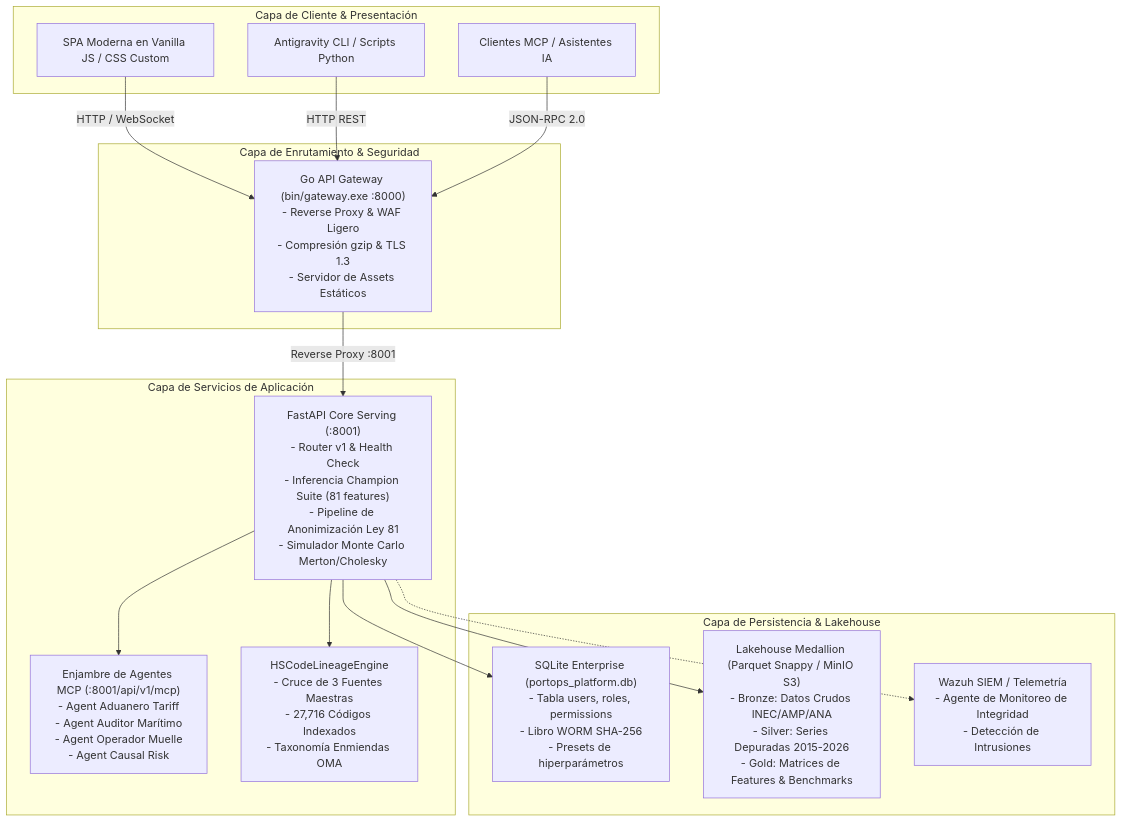
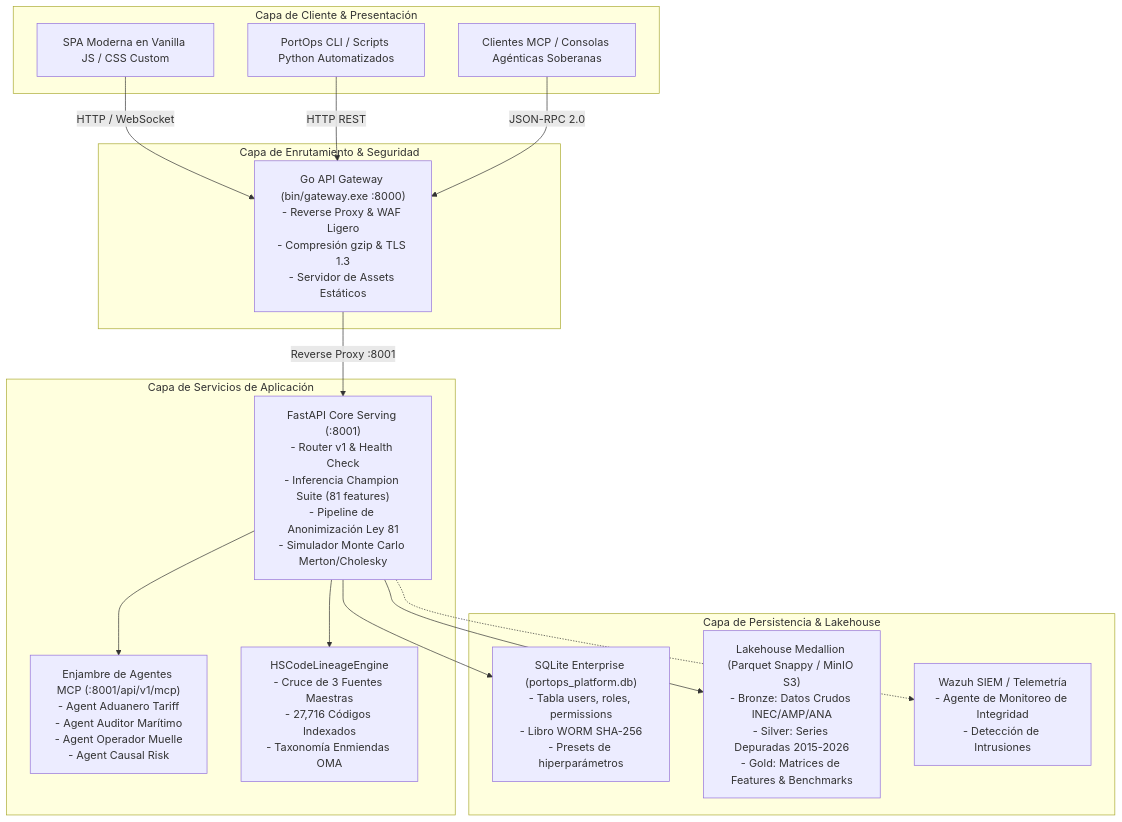
One commit to miguelbenitez09/amp-cont-ai changed the second of 3 diagrams in docs/ESTADO_ACTUAL_ARQUITECTURA_Y_SERVICIOS.md. Above: the diagram before and after it, drawn with Mermaid. The commit also changed 9 other files, not shown here.

````diff
--- a/docs/ESTADO_ACTUAL_ARQUITECTURA_Y_SERVICIOS.md
+++ b/docs/ESTADO_ACTUAL_ARQUITECTURA_Y_SERVICIOS.md
@@ -58,35 +58,35 @@
 ```mermaid
 flowchart TB
     subgraph ClientLayer["Capa de Cliente & Presentación"]
         UI["SPA Moderna en Vanilla JS / CSS Custom"]
-        CLI["Antigravity CLI / Scripts Python"]
-        MCPClient["Clientes MCP / Asistentes IA"]
+        CLI["PortOps CLI / Scripts Python Automatizados"]
+        MCPClient["Clientes MCP / Consolas Agénticas Soberanas"]
     end
 
     subgraph GatewayLayer["Capa de Enrutamiento & Seguridad"]
         GoGW["Go API Gateway (bin/gateway.exe :8000)<br/>- Reverse Proxy & WAF Ligero<br/>- Compresión gzip & TLS 1.3<br/>- Servidor de Assets Estáticos"]
     end
 
     subgraph ServiceLayer["Capa de Servicios de Aplicación"]
         FastAPI["FastAPI Core Serving (:8001)<br/>- Router v1 & Health Check<br/>- Inferencia Champion Suite (81 features)<br/>- Pipeline de Anonimización Ley 81<br/>- Simulador Monte Carlo Merton/Cholesky"]
         AgentSwarm["Enjambre de Agentes MCP (:8001/api/v1/mcp)<br/>- Agent Aduanero Tariff<br/>- Agent Auditor Marítimo<br/>- Agent Operador Muelle<br/>- Agent Causal Risk"]
         LineageEngine["HSCodeLineageEngine<br/>- Cruce de 3 Fuentes Maestras<br/>- 27,716 Códigos Indexados<br/>- Taxonomía Enmiendas OMA"]
     end
 
     subgraph StorageLayer["Capa de Persistencia & Lakehouse"]
         SQLiteDB["SQLite Enterprise (portops_platform.db)<br/>- Tabla users, roles, permissions<br/>- Libro WORM SHA-256<br/>- Presets de hiperparámetros"]
         MedallionStorage["Lakehouse Medallion (Parquet Snappy / MinIO S3)<br/>- Bronze: Datos Crudos INEC/AMP/ANA<br/>- Silver: Series Depuradas 2015-2026<br/>- Gold: Matrices de Features & Benchmarks"]
         Wazuh["Wazuh SIEM / Telemetría<br/>- Agente de Monitoreo de Integridad<br/>- Detección de Intrusiones"]
     end
 
     UI -->|HTTP / WebSocket| GoGW
     CLI -->|HTTP REST| GoGW
     MCPClient -->|JSON-RPC 2.0| GoGW
 
     GoGW -->|Reverse Proxy :8001| FastAPI
     FastAPI --> AgentSwarm
     FastAPI --> LineageEngine
     FastAPI --> SQLiteDB
     FastAPI --> MedallionStorage
     FastAPI -.-> Wazuh
 ```
````
